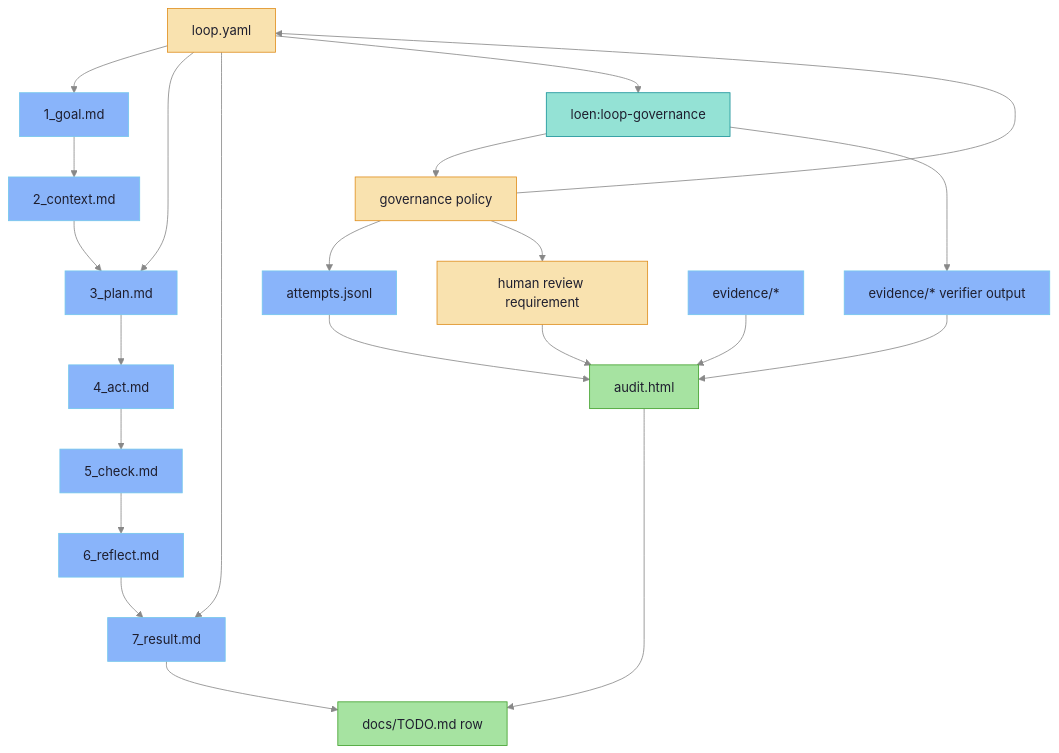
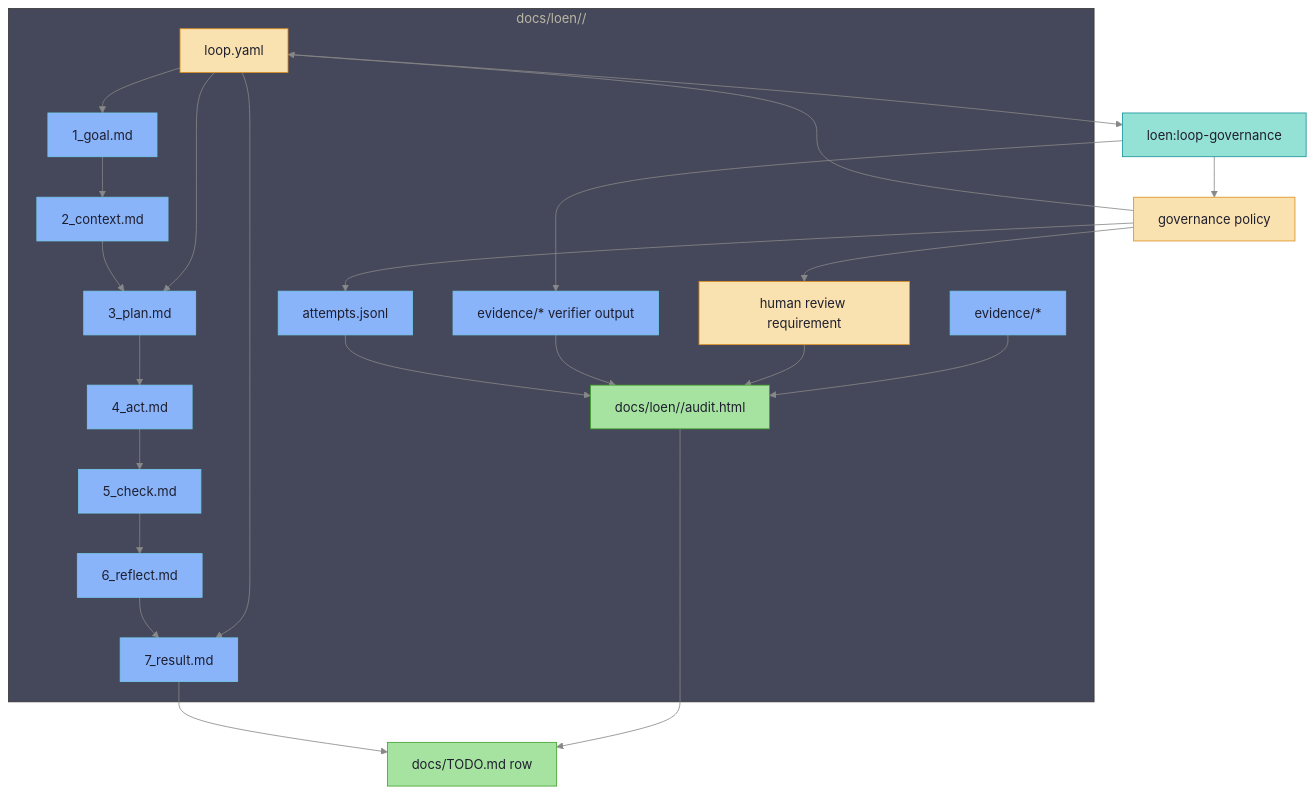
The third of 3 diagrams in plugins/loen/docs/architecture.md (ikeniborn/icodex), drawn with Mermaid before and after one commit. The commit also changed other lines of this file and 2 other files, not shown here.

Commit message:
docs(loen): label topic audit artifact

````diff
--- a/plugins/loen/docs/architecture.md
+++ b/plugins/loen/docs/architecture.md
@@ -120,34 +120,50 @@
 ```mermaid
 %%{init: {'theme': 'base', 'themeVariables': {'background': '#1e1e2e', 'primaryColor': '#313244', 'primaryTextColor': '#cdd6f4', 'primaryBorderColor': '#89b4fa', 'lineColor': '#888888', 'secondaryColor': '#181825', 'tertiaryColor': '#45475a'}}}%%
 flowchart TD
-    Goal["1_goal.md"] --> Context["2_context.md"]
-    Context --> Plan["3_plan.md"]
-    Plan --> Act["4_act.md"]
-    Act --> Check["5_check.md"]
-    Check --> Reflect["6_reflect.md"]
-    Reflect --> Result["7_result.md"]
-    LoopYaml["loop.yaml"] --> Goal
+    subgraph topic_dir["docs/loen/<topic>/"]
+        Goal["1_goal.md"]
+        Context["2_context.md"]
+        Plan["3_plan.md"]
+        Act["4_act.md"]
+        Check["5_check.md"]
+        Reflect["6_reflect.md"]
+        Result["7_result.md"]
+        LoopYaml["loop.yaml"]
+        Attempts["attempts.jsonl"]
+        Evidence["evidence/*"]
+        GovernanceEvidence["evidence/* verifier output"]
+        AuditHtml["docs/loen/<topic>/audit.html"]
+        HumanReview["human review requirement"]
+    end
+
+    Goal --> Context
+    Context --> Plan
+    Plan --> Act
+    Act --> Check
+    Check --> Reflect
+    Reflect --> Result
+    LoopYaml --> Goal
     LoopYaml --> Plan
     LoopYaml --> Result
     LoopYaml --> GovernanceRun["loen:loop-governance"]
-    GovernanceRun --> GovernancePolicy
-    GovernancePolicy["governance policy"] --> LoopYaml
-    GovernancePolicy --> Attempts["attempts.jsonl"]
-    Attempts["attempts.jsonl"] --> AuditHtml["audit.html"]
-    GovernanceRun --> GovernanceEvidence["evidence/* verifier output"]
+    GovernanceRun --> GovernancePolicy["governance policy"]
+    GovernancePolicy --> LoopYaml
+    GovernancePolicy --> Attempts
+    Attempts --> AuditHtml
+    GovernanceRun --> GovernanceEvidence
     GovernanceEvidence --> AuditHtml
-    GovernancePolicy --> HumanReview["human review requirement"]
+    GovernancePolicy --> HumanReview
     HumanReview --> AuditHtml
-    Evidence["evidence/*"] --> AuditHtml
+    Evidence --> AuditHtml
     Result --> TodoRow["docs/TODO.md row"]
     AuditHtml --> TodoRow
 
     classDef artifact fill:#89b4fa,color:#1e1e2e,stroke:#74c7ec
     classDef contract fill:#f9e2af,color:#1e1e2e,stroke:#df8e1d
     classDef report fill:#a6e3a1,color:#1e1e2e,stroke:#40a02b
     classDef governance fill:#94e2d5,color:#1e1e2e,stroke:#179299
     class Goal,Context,Plan,Act,Check,Reflect,Result,Attempts,Evidence,GovernanceEvidence artifact
     class LoopYaml,GovernancePolicy,HumanReview contract
     class GovernanceRun governance
     class AuditHtml,TodoRow report
 ```
````
